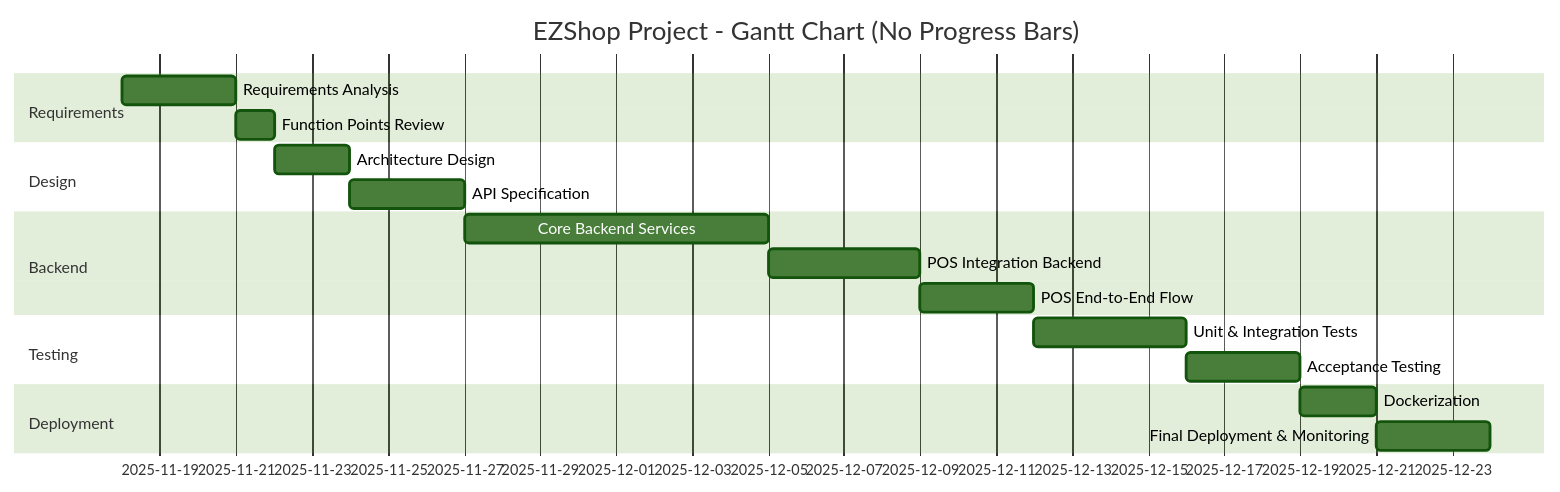
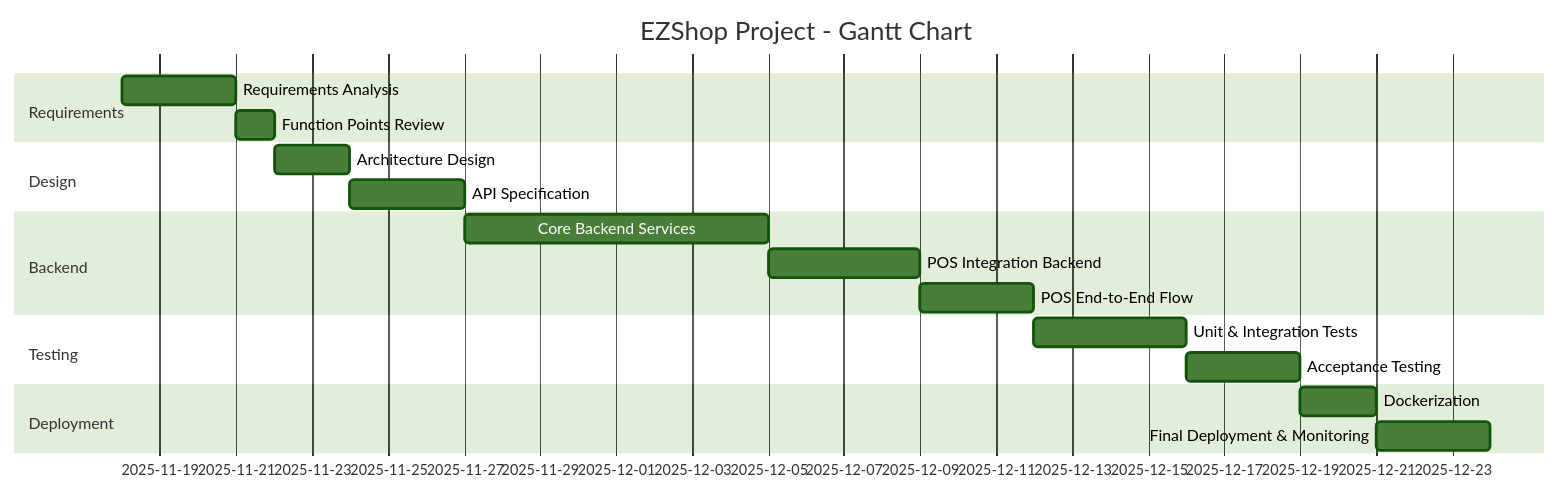
Before and after one commit to Giuseppeclv008/Project: the diagram in Estimation.md, drawn with Mermaid (forest theme).

Commit message:
minor fix

````diff
--- a/Estimation.md
+++ b/Estimation.md
@@ -450,26 +450,26 @@
 ```mermaid
 gantt
     dateFormat  YYYY-MM-DD
-    title EZShop Project - Gantt Chart (No Progress Bars)
+    title EZShop Project - Gantt Chart 
 
     section Requirements
     Requirements Analysis           :a1, 2025-11-18, 3d
     Function Points Review          :a2, after a1, 1d
 
     section Design
     Architecture Design             :d1, after a2, 2d
     API Specification               :d3, after d1, 3d
 
     section Backend
     Core Backend Services           :b1, after d3, 8d
     POS Integration Backend         :b3, after b1, 4d
     POS End-to-End Flow             :i2, after b3, 3d
 
     section Testing
     Unit & Integration Tests        :t1, after i2, 4d
     Acceptance Testing              :t2, after t1, 3d
 
     section Deployment
     Dockerization                   :dep1, after t2, 2d
     Final Deployment & Monitoring   :dep2, after dep1, 3d
 ```
````
